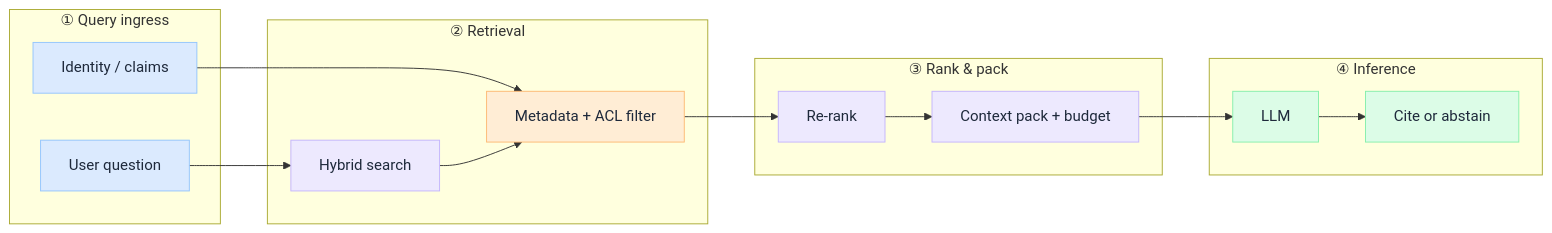
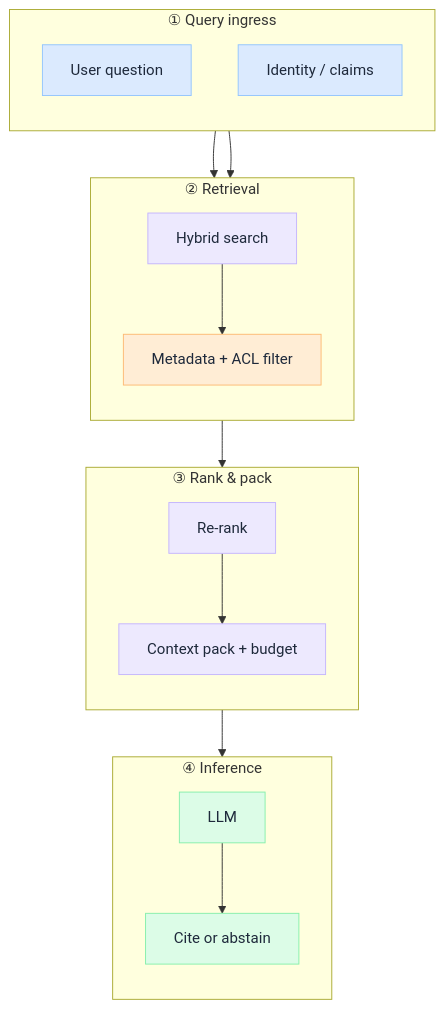
The diagram in docs/insights/2026-06-27-rag-is-not-a-database/rag-is-not-a-database.mdx (iamsharmajitender/gain), drawn with Mermaid before and after one commit. The commit also changed other lines of this file and 59 other files, not shown here.

````diff
--- a/docs/insights/2026-06-27-rag-is-not-a-database/rag-is-not-a-database.mdx
+++ b/docs/insights/2026-06-27-rag-is-not-a-database/rag-is-not-a-database.mdx
@@ -65,36 +84,44 @@
 ```mermaid
-flowchart LR
+flowchart TD
     subgraph query["① Query ingress"]
+        direction TB
         Q["User question"]
         ID["Identity / claims"]
     end
 
     subgraph retrieve["② Retrieval"]
+        direction TB
         HY["Hybrid search"]
         FIL["Metadata + ACL filter"]
     end
 
     subgraph rank["③ Rank & pack"]
+        direction TB
         RR["Re-rank"]
         PACK["Context pack + budget"]
     end
 
     subgraph infer["④ Inference"]
+        direction TB
         LLM["LLM"]
         OUT["Cite or abstain"]
     end
 
     Q --> HY
     ID --> FIL
-    HY --> FIL --> RR --> PACK --> LLM --> OUT
+    HY --> FIL
+    FIL --> RR
+    RR --> PACK
+    PACK --> LLM
+    LLM --> OUT
 
     classDef input fill:#dbeafe,stroke:#93c5fd,color:#1e293b
     classDef process fill:#ede9fe,stroke:#c4b5fd,color:#1e293b
     classDef gate fill:#ffedd5,stroke:#fdba74,color:#1e293b
     classDef output fill:#dcfce7,stroke:#86efac,color:#1e293b
 
     class Q,ID input
     class HY,RR,PACK process
     class FIL gate
     class LLM,OUT output
 ```
````
